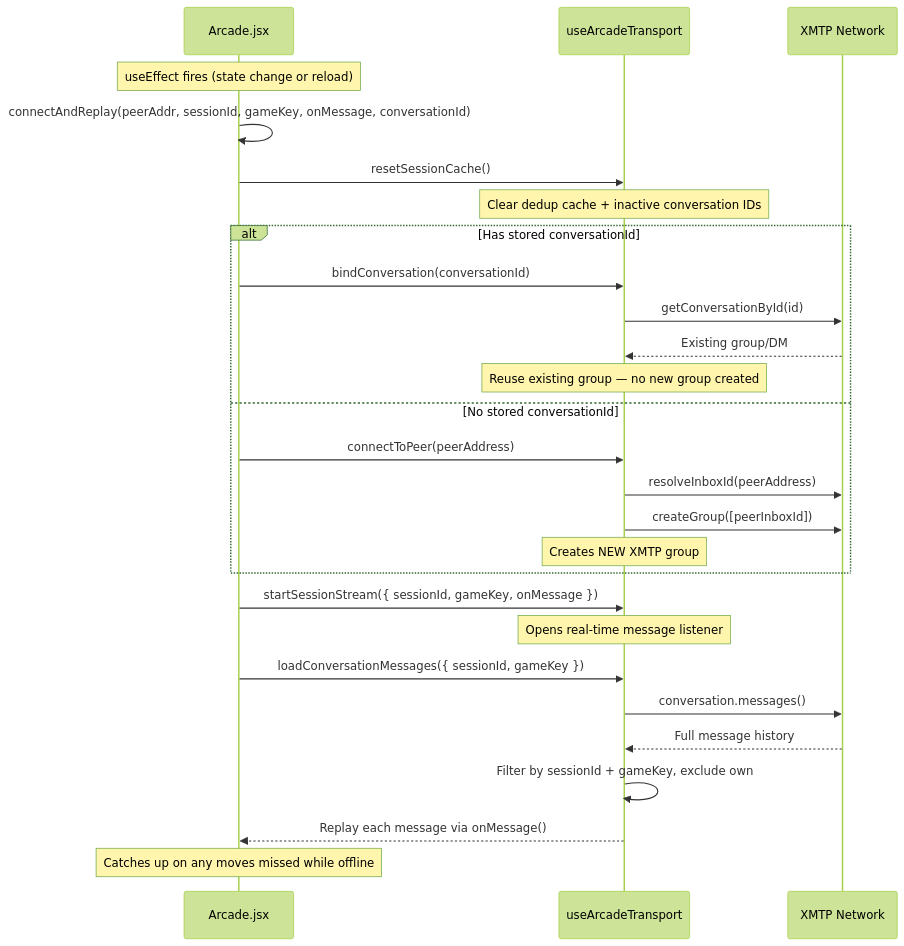
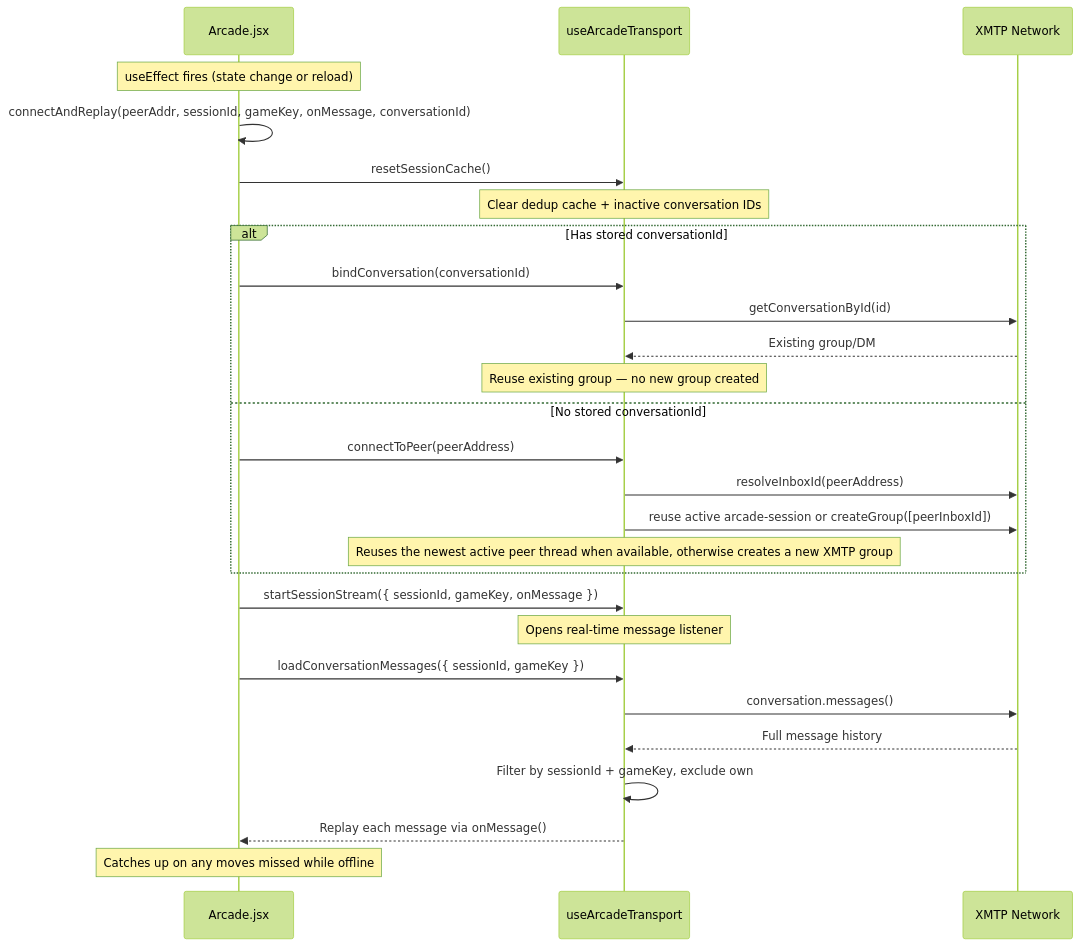
One commit to zengzengzenghuy/xmtp-circles-miniapp changed the seventh of 7 diagrams in src/components/arcade/README.md. Above: the diagram before and after it, drawn with Mermaid (forest theme). The commit also changed other lines of this file, not shown here.

````diff
--- a/src/components/arcade/README.md
+++ b/src/components/arcade/README.md
@@ -334,34 +343,34 @@
 ```mermaid
 sequenceDiagram
     participant App as Arcade.jsx
     participant Transport as useArcadeTransport
     participant XMTP as XMTP Network
 
     Note over App: useEffect fires (state change or reload)
     App->>App: connectAndReplay(peerAddr, sessionId, gameKey, onMessage, conversationId)
 
     App->>Transport: resetSessionCache()
     Note over Transport: Clear dedup cache + inactive conversation IDs
 
     alt Has stored conversationId
         App->>Transport: bindConversation(conversationId)
         Transport->>XMTP: getConversationById(id)
         XMTP-->>Transport: Existing group/DM
         Note over Transport: Reuse existing group — no new group created
     else No stored conversationId
         App->>Transport: connectToPeer(peerAddress)
         Transport->>XMTP: resolveInboxId(peerAddress)
-        Transport->>XMTP: createGroup([peerInboxId])
-        Note over Transport: Creates NEW XMTP group
+        Transport->>XMTP: reuse active arcade-session or createGroup([peerInboxId])
+        Note over Transport: Reuses the newest active peer thread when available, otherwise creates a new XMTP group
     end
 
     App->>Transport: startSessionStream({ sessionId, gameKey, onMessage })
     Note over Transport: Opens real-time message listener
 
     App->>Transport: loadConversationMessages({ sessionId, gameKey })
     Transport->>XMTP: conversation.messages()
     XMTP-->>Transport: Full message history
     Transport->>Transport: Filter by sessionId + gameKey, exclude own
     Transport-->>App: Replay each message via onMessage()
     Note over App: Catches up on any moves missed while offline
 ```
````
